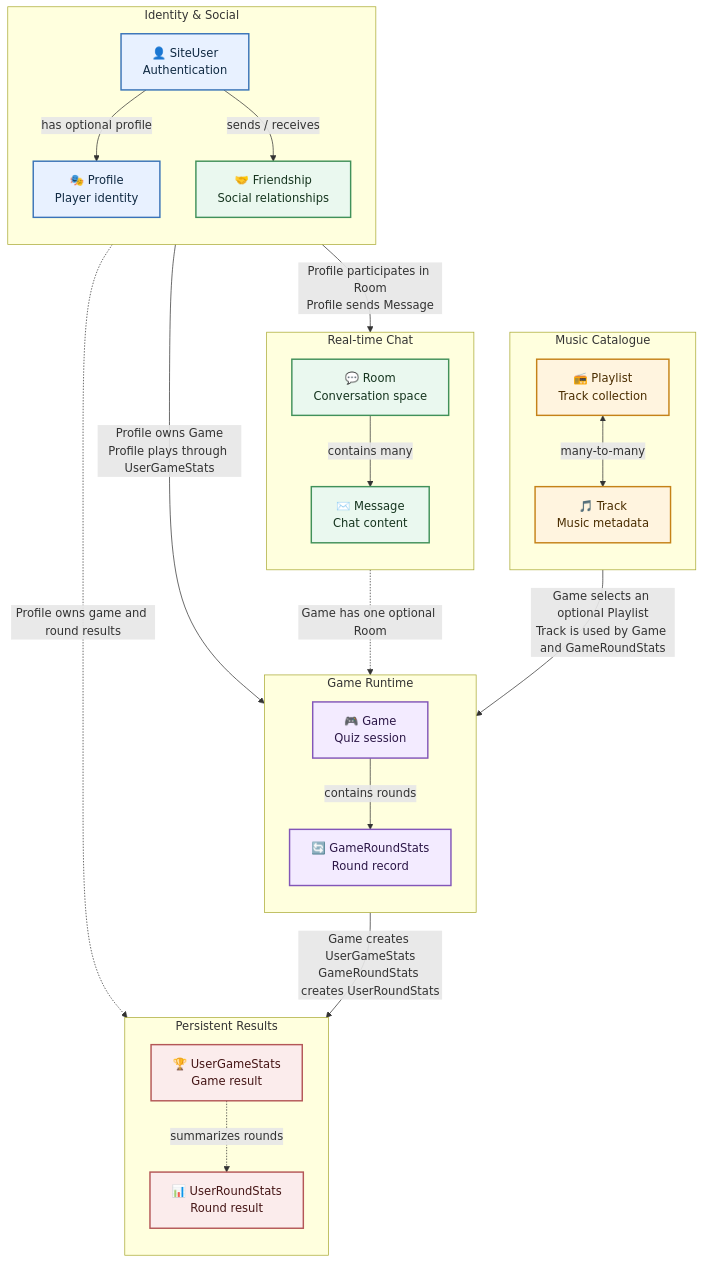
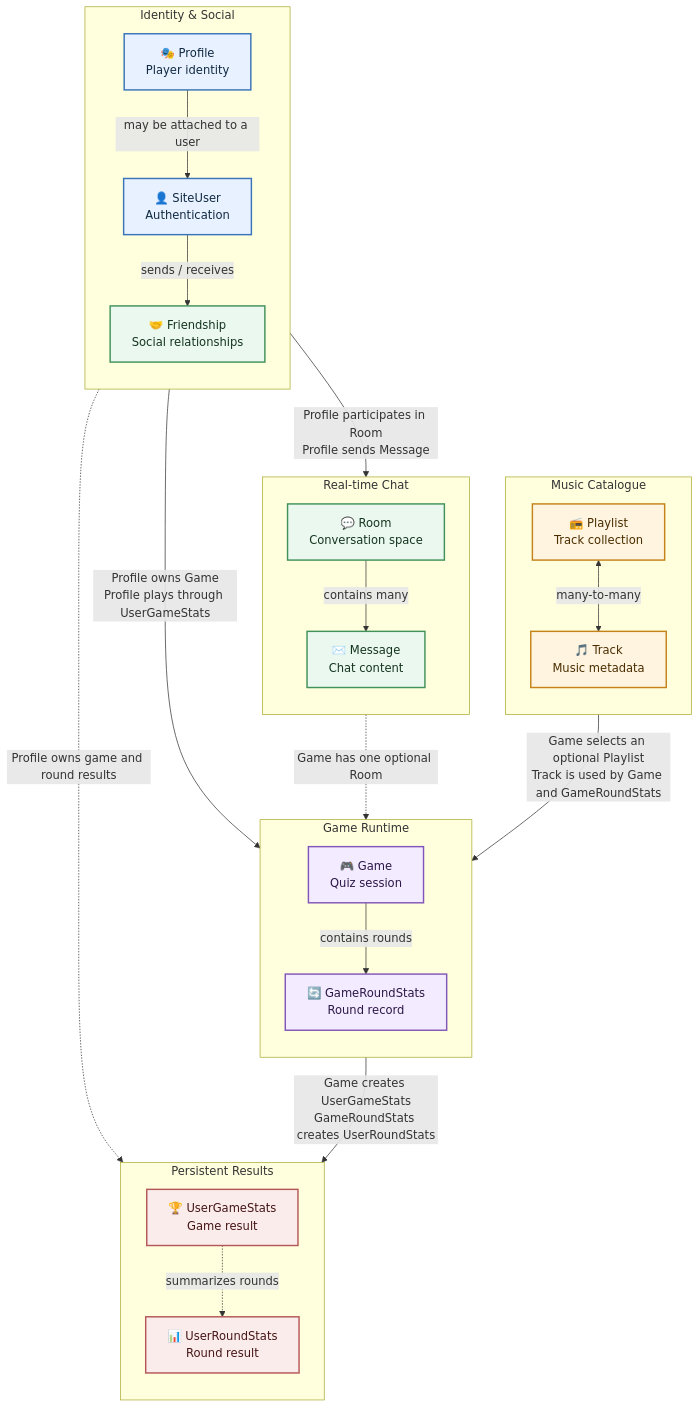
Before and after one commit to victorviterbo/Transcendance: the diagram in README.md, drawn with Mermaid.

Commit message:
Update relationship direction between USER and PROFILE

````diff
--- a/README.md
+++ b/README.md
@@ -239,57 +239,57 @@
 ```mermaid
 flowchart TB
     classDef identity fill:#e8f1ff,stroke:#3973b8,stroke-width:2px,color:#102a43
     classDef social fill:#eaf8ef,stroke:#41915a,stroke-width:2px,color:#16351f
     classDef music fill:#fff4df,stroke:#c58218,stroke-width:2px,color:#4a2d00
     classDef game fill:#f3ebff,stroke:#8256b8,stroke-width:2px,color:#2c1747
     classDef stats fill:#fbecec,stroke:#b45757,stroke-width:2px,color:#451616
 
     subgraph IDENTITY["Identity & Social"]
         direction TB
         USER["👤 SiteUser<br/>Authentication"]:::identity
         PROFILE["🎭 Profile<br/>Player identity"]:::identity
         FRIENDSHIP["🤝 Friendship<br/>Social relationships"]:::social
 
-        USER -->|"has optional profile"| PROFILE
+        PROFILE -->|"may be attached to a user"| USER
         USER -->|"sends / receives"| FRIENDSHIP
     end
 
     subgraph CHAT["Real-time Chat"]
         direction TB
         ROOM["💬 Room<br/>Conversation space"]:::social
         MESSAGE["✉️ Message<br/>Chat content"]:::social
 
         ROOM -->|"contains many"| MESSAGE
     end
 
     subgraph MUSIC["Music Catalogue"]
         direction TB
         PLAYLIST["📻 Playlist<br/>Track collection"]:::music
         TRACK["🎵 Track<br/>Music metadata"]:::music
 
         PLAYLIST <-->|"many-to-many"| TRACK
     end
 
     subgraph RUNTIME["Game Runtime"]
         direction TB
         GAME["🎮 Game<br/>Quiz session"]:::game
         ROUND["🔄 GameRoundStats<br/>Round record"]:::game
 
         GAME -->|"contains rounds"| ROUND
     end
 
     subgraph RESULTS["Persistent Results"]
         direction TB
         GAME_STATS["🏆 UserGameStats<br/>Game result"]:::stats
         ROUND_STATS["📊 UserRoundStats<br/>Round result"]:::stats
 
         GAME_STATS -.->|"summarizes rounds"| ROUND_STATS
     end
 
     IDENTITY -->|"Profile participates in Room<br/>Profile sends Message"| CHAT
     IDENTITY -->|"Profile owns Game<br/>Profile plays through UserGameStats"| RUNTIME
     IDENTITY -.->|"Profile owns game and round results"| RESULTS
     CHAT -.->|"Game has one optional Room"| RUNTIME
     MUSIC -->|"Game selects an optional Playlist<br/>Track is used by Game and GameRoundStats"| RUNTIME
     RUNTIME -->|"Game creates UserGameStats<br/>GameRoundStats creates UserRoundStats"| RESULTS
 ```
````
